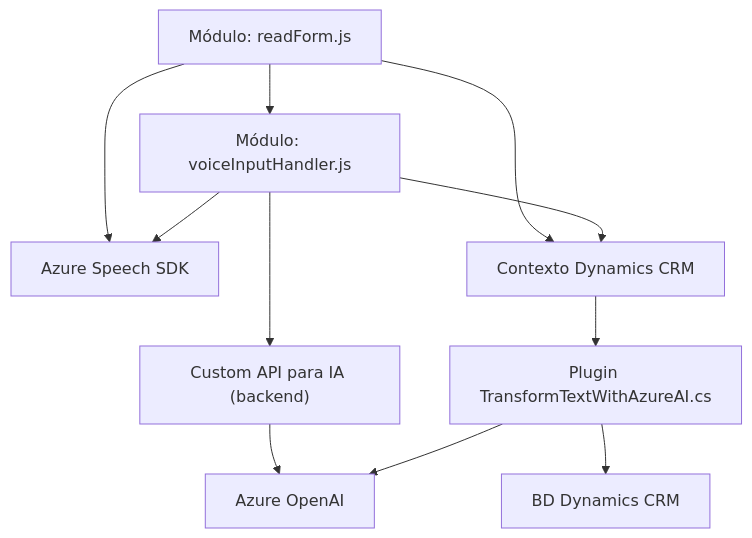
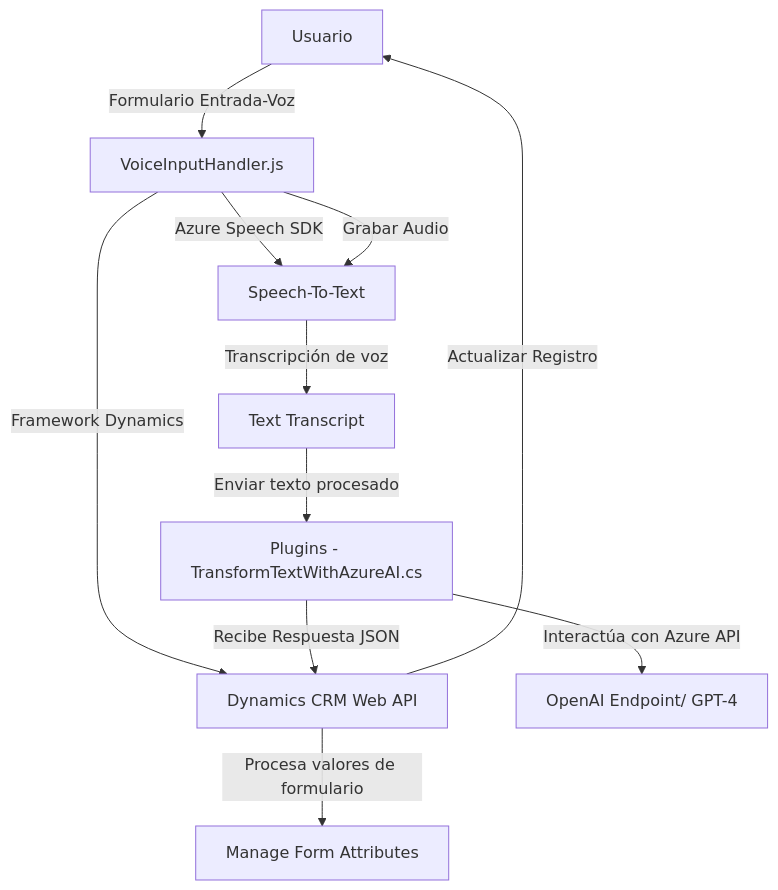
Before and after one commit to blopezdm/NETCORE_BILBAO2025: the diagram in README.md, drawn with Mermaid. The commit also changed other lines of this file, not shown here.

Commit message:
Actualizar análisis global de la solución con IA

````diff
--- a/README.md
+++ b/README.md
@@ -52,13 +50,15 @@
 ```mermaid
 graph TD
-    A["Módulo: readForm.js"] --> B["Azure Speech SDK"]
-    A --> C["Contexto Dynamics CRM"]
-    A --> D["Módulo: voiceInputHandler.js"]
-    D --> B
-    D --> C
-    D --> E["Custom API para IA (backend)"]
-    E --> F["Azure OpenAI"]
-    C --> G["Plugin TransformTextWithAzureAI.cs"]
-    G --> F
-    G --> H["BD Dynamics CRM"]
+    A["Usuario"] -->|Formulario Entrada-Voz| B["VoiceInputHandler.js"]
+    B -->|Framework Dynamics| C["Dynamics CRM Web API"]
+    C -->|Procesa valores de formulario| D["Manage Form Attributes"]
+    B -->|Azure Speech SDK| E["Speech-To-Text"] 
+    B -->|Grabar Audio| E 
+
+    E -->|Transcripción de voz| F["Text Transcript"]
+    F -->|Enviar texto procesado| G["Plugins - TransformTextWithAzureAI.cs"]
+    
+    G -->|Interactúa con Azure API| H["OpenAI Endpoint/ GPT-4"]
+    G -->|Recibe Respuesta JSON| C 
+    C -->|Actualizar Registro| A
 ```
````
